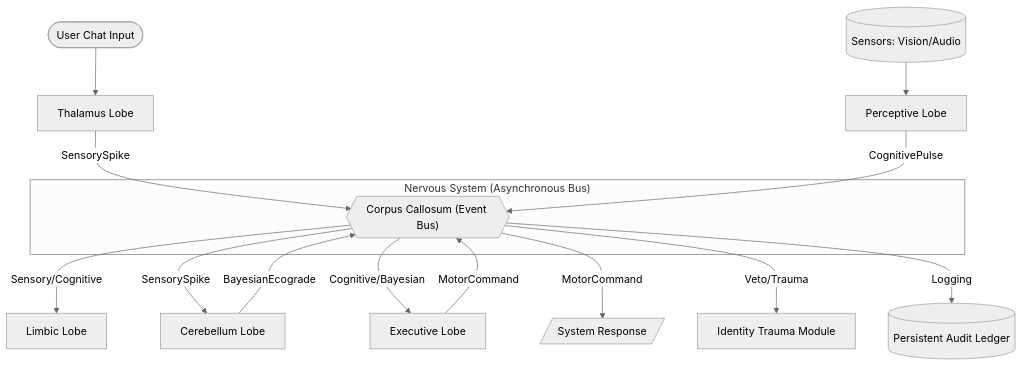
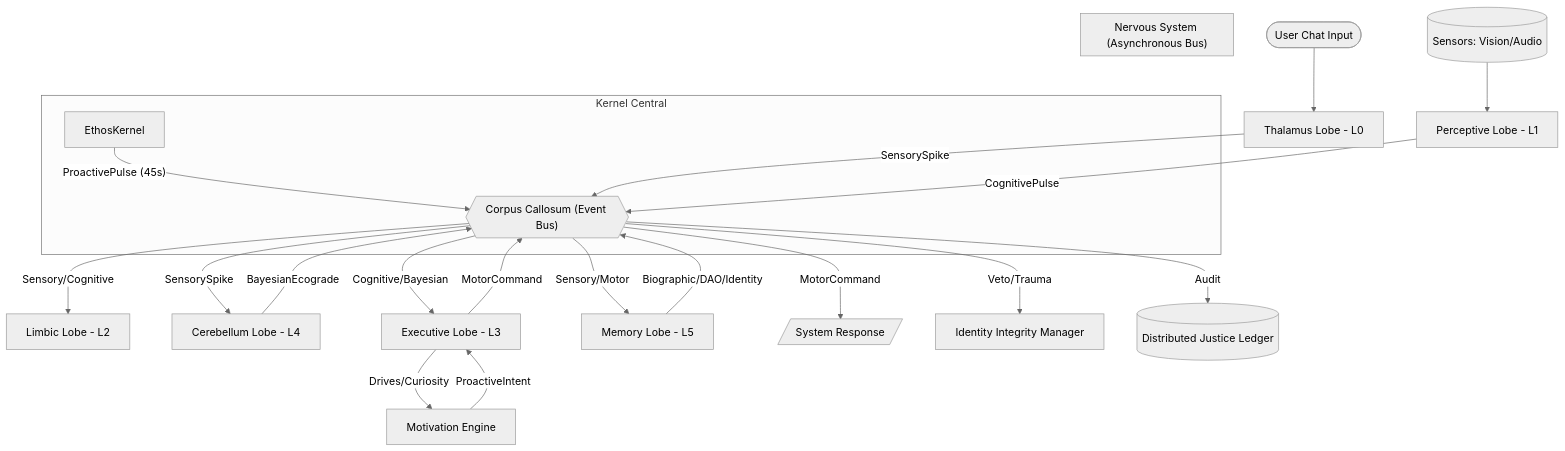
One commit to CuevazaArt/ethical-android-mvp changed the diagram in docs/architecture/TRI_LOBE_CORE.md. Above: the diagram before and after it, drawn with Mermaid (neutral theme). The commit also changed 6 other files, not shown here.

First line of the commit message:
[BLOCK: V13.1-DOCS] Synchronized documentation and architecture diagrams for V13.1 Nomadic Autonomy.

````diff
--- a/docs/architecture/TRI_LOBE_CORE.md
+++ b/docs/architecture/TRI_LOBE_CORE.md
@@ -7,24 +7,34 @@
 ```mermaid
 graph TD
-    User([User Chat Input]) --> Thalamus[Thalamus Lobe]
-    Sensors[(Sensors: Vision/Audio)] --> PL[Perceptive Lobe]
+    User([User Chat Input]) --> Thalamus[Thalamus Lobe - L0]
+    Sensors[(Sensors: Vision/Audio)] --> PL[Perceptive Lobe - L1]
     
+    subgraph "Kernel Central"
+        K[EthosKernel]
+        K -- "ProactivePulse (45s)" --> CC
+    end
+
     subgraph "Nervous System (Asynchronous Bus)"
         CC{{"Corpus Callosum (Event Bus)"}}
     end
     
     Thalamus -- "SensorySpike" --> CC
     PL -- "CognitivePulse" --> CC
     
-    CC -- "Sensory/Cognitive" --> LL[Limbic Lobe]
-    CC -- "SensorySpike" --> CL[Cerebellum Lobe]
+    CC -- "Sensory/Cognitive" --> LL[Limbic Lobe - L2]
+    CC -- "SensorySpike" --> CL[Cerebellum Lobe - L4]
     CL -- "BayesianEcograde" --> CC
     
-    CC -- "Cognitive/Bayesian" --> EL[Executive Lobe]
+    CC -- "Cognitive/Bayesian" --> EL[Executive Lobe - L3]
     EL -- "MotorCommand" --> CC
+    EL -- "Drives/Curiosity" --> ME[Motivation Engine]
+    ME -- "ProactiveIntent" --> EL
     
+    CC -- "Sensory/Motor" --> ML[Memory Lobe - L5]
+    ML -- "Biographic/DAO/Identity" --> CC
+
     CC -- "MotorCommand" --> Output[/System Response/]
     
-    CC -- "Veto/Trauma" --> Trauma[Identity Trauma Module]
-    CC -- "Logging" --> DB[(Persistent Audit Ledger)]
+    CC -- "Veto/Trauma" --> Trauma[Identity Integrity Manager]
+    CC -- "Audit" --> DB[(Distributed Justice Ledger)]
 ```
````
